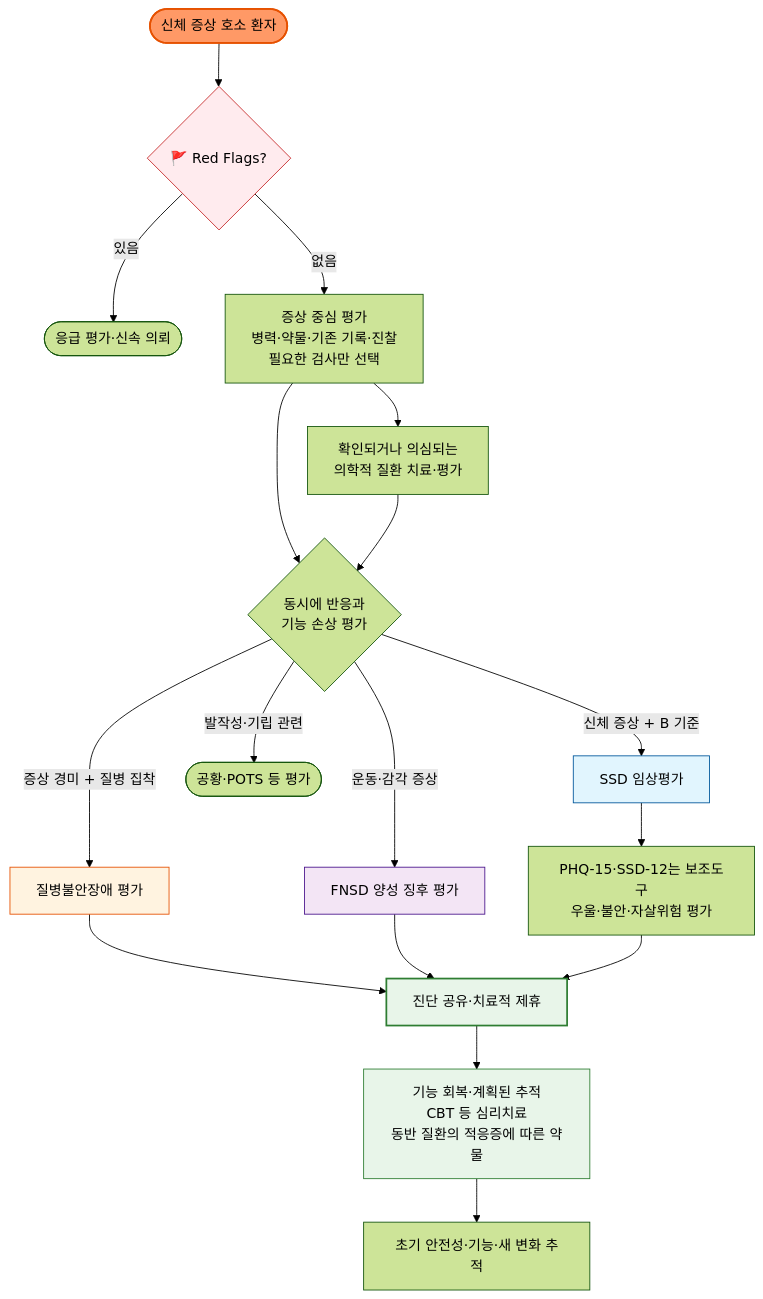
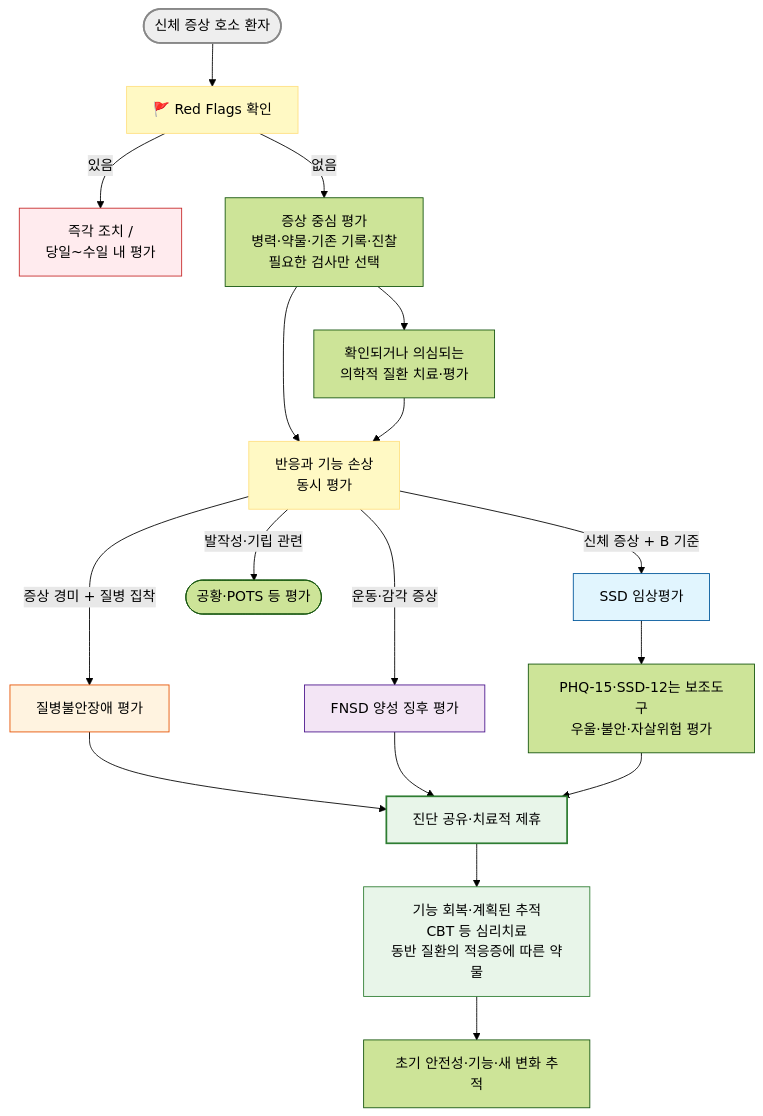
Before and after one commit to familyoh77/familyoh77: the diagram in 221_/031_-somatic-symptom-disorder.md, drawn with Mermaid (forest theme). The commit also changed other lines of this file, not shown here.

````diff
--- a/221_/031_-somatic-symptom-disorder.md
+++ b/221_/031_-somatic-symptom-disorder.md
@@ -337,27 +353,29 @@
 ```mermaid
 graph TD
-    Start([신체 증상 호소 환자]) --> RedFlag{🚩 Red Flags?}
-    RedFlag -->|있음| Referral([응급 평가·신속 의뢰])
-    RedFlag -->|없음| BasicEval[증상 중심 평가<br/>병력·약물·기존 기록·진찰<br/>필요한 검사만 선택]
-    BasicEval --> Medical[확인되거나 의심되는<br/>의학적 질환 치료·평가]
-    BasicEval --> Pattern{동시에 반응과<br/>기능 손상 평가}
+    Start(["신체 증상 호소 환자"]) --> RedFlag["🚩 Red Flags 확인"]
+    RedFlag -->|있음| Referral["즉각 조치 /<br/>당일~수일 내 평가"]
+    RedFlag -->|없음| BasicEval["증상 중심 평가<br/>병력·약물·기존 기록·진찰<br/>필요한 검사만 선택"]
+    BasicEval --> Medical["확인되거나 의심되는<br/>의학적 질환 치료·평가"]
+    BasicEval --> Pattern["반응과 기능 손상<br/>동시 평가"]
     Medical --> Pattern
-    Pattern -->|신체 증상 + B 기준| SSD[SSD 임상평가]
-    Pattern -->|증상 경미 + 질병 집착| IAD[질병불안장애 평가]
-    Pattern -->|운동·감각 증상| FNSD[FNSD 양성 징후 평가]
-    Pattern -->|발작성·기립 관련| Other([공황·POTS 등 평가])
-    SSD --> Scale[PHQ-15·SSD-12는 보조도구<br/>우울·불안·자살위험 평가]
-    IAD --> Framing[진단 공유·치료적 제휴]
+    Pattern -->|신체 증상 + B 기준| SSD["SSD 임상평가"]
+    Pattern -->|증상 경미 + 질병 집착| IAD["질병불안장애 평가"]
+    Pattern -->|운동·감각 증상| FNSD["FNSD 양성 징후 평가"]
+    Pattern -->|발작성·기립 관련| Other(["공황·POTS 등 평가"])
+    SSD --> Scale["PHQ-15·SSD-12는 보조도구<br/>우울·불안·자살위험 평가"]
+    IAD --> Framing["진단 공유·치료적 제휴"]
     FNSD --> Framing
     Scale --> Framing
-    Framing --> Treatment[기능 회복·계획된 추적<br/>CBT 등 심리치료<br/>동반 질환의 적응증에 따른 약물]
-    Treatment --> FU[초기 안전성·기능·새 변화 추적]
+    Framing --> Treatment["기능 회복·계획된 추적<br/>CBT 등 심리치료<br/>동반 질환의 적응증에 따른 약물"]
+    Treatment --> FU["초기 안전성·기능·새 변화 추적"]
 
-    style Start fill:#f96,stroke:#e65100,stroke-width:2px
-    style RedFlag fill:#ffebee,stroke:#c62828
+    style Start fill:#eeeeee,stroke:#888888,stroke-width:2px
+    style RedFlag fill:#fff9c4,stroke:#ffe082
+    style Pattern fill:#fff9c4,stroke:#ffe082
+    style Referral fill:#ffebee,stroke:#c62828
     style SSD fill:#e1f5fe,stroke:#01579b
     style IAD fill:#fff3e0,stroke:#e65100
     style FNSD fill:#f3e5f5,stroke:#4a148c
     style Framing fill:#e8f5e9,stroke:#2e7d32,stroke-width:2px
     style Treatment fill:#e8f5e9,stroke:#2e7d32
 ```
````
